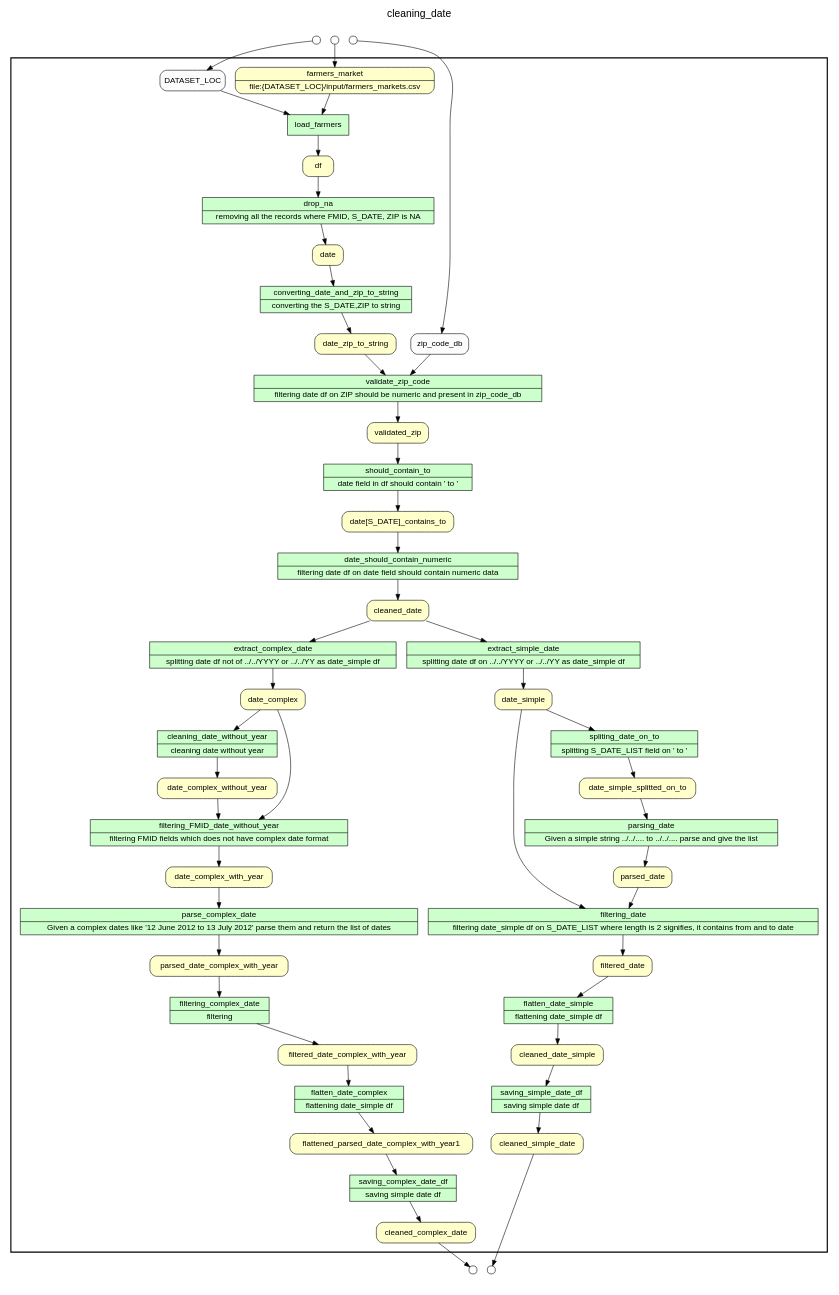
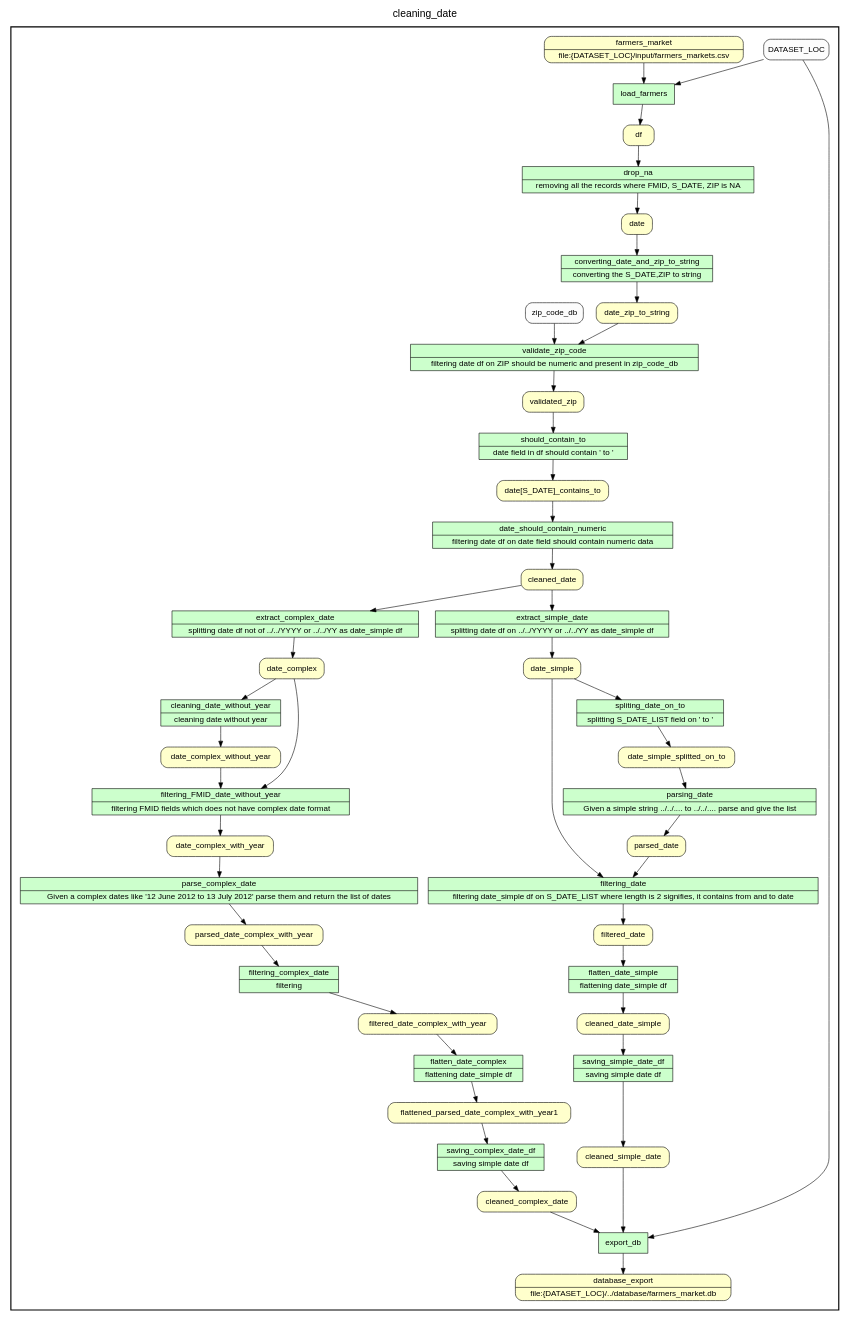
One commit to da230896/cs_513_project changed the diagram in provenance/s_date_cleaning.gv. Above: the diagram before and after it, drawn with Graphviz. The commit also changed 74 other files, not shown here.

```diff
--- a/provenance/s_date_cleaning.gv
+++ b/provenance/s_date_cleaning.gv
@@ -1,112 +1,124 @@
+
+/* Start of top-level graph */
 digraph Workflow {
 rankdir=TB
+
+/* Title for graph */
 fontname=Helvetica; fontsize=18; labelloc=t
 label=cleaning_date
+
+/* Start of double cluster for drawing box around nodes in workflow */
 subgraph cluster_workflow_box_outer { label=""; color=black; penwidth=2
 subgraph cluster_workflow_box_inner { label=""; penwidth=0
+
+/* Style for nodes representing atomic programs in workflow */
 node[shape=box style=filled fillcolor="#CCFFCC" peripheries=1 fontname=Helvetica]
+
+/* Nodes representing atomic programs in workflow */
 load_farmers
 drop_na [shape=record rankdir=LR label="{<f0> drop_na |<f1> removing all the records where FMID, S_DATE, ZIP is NA}"];
 converting_date_and_zip_to_string [shape=record rankdir=LR label="{<f0> converting_date_and_zip_to_string |<f1> converting the S_DATE,ZIP to string}"];
 validate_zip_code [shape=record rankdir=LR label="{<f0> validate_zip_code |<f1> filtering date df on ZIP should be numeric and present in zip_code_db}"];
 should_contain_to [shape=record rankdir=LR label="{<f0> should_contain_to |<f1> date field in df should contain ' to '}"];
 date_should_contain_numeric [shape=record rankdir=LR label="{<f0> date_should_contain_numeric |<f1> filtering date df on date field should contain numeric data}"];
 extract_simple_date [shape=record rankdir=LR label="{<f0> extract_simple_date |<f1> splitting date df on ../../YYYY or ../../YY as date_simple df}"];
 extract_complex_date [shape=record rankdir=LR label="{<f0> extract_complex_date |<f1> splitting date df not of ../../YYYY or ../../YY as date_simple df}"];
 spliting_date_on_to [shape=record rankdir=LR label="{<f0> spliting_date_on_to |<f1> splitting S_DATE_LIST field on ' to '}"];
 parsing_date [shape=record rankdir=LR label="{<f0> parsing_date |<f1> Given a simple string ../../.... to ../../.... parse and give the list}"];
 filtering_date [shape=record rankdir=LR label="{<f0> filtering_date |<f1> filtering date_simple df on S_DATE_LIST where length is 2 signifies, it contains from and to date}"];
 flatten_date_simple [shape=record rankdir=LR label="{<f0> flatten_date_simple |<f1> flattening date_simple df}"];
 saving_simple_date_df [shape=record rankdir=LR label="{<f0> saving_simple_date_df |<f1> saving simple date df}"];
 cleaning_date_without_year [shape=record rankdir=LR label="{<f0> cleaning_date_without_year |<f1> cleaning date without year}"];
 filtering_FMID_date_without_year [shape=record rankdir=LR label="{<f0> filtering_FMID_date_without_year |<f1> filtering FMID fields which does not have complex date format}"];
 parse_complex_date [shape=record rankdir=LR label="{<f0> parse_complex_date |<f1> Given a complex dates like '12 June 2012 to 13 July 2012' parse them and return the list of dates}"];
 filtering_complex_date [shape=record rankdir=LR label="{<f0> filtering_complex_date |<f1> filtering}"];
 flatten_date_complex [shape=record rankdir=LR label="{<f0> flatten_date_complex |<f1> flattening date_simple df}"];
 saving_complex_date_df [shape=record rankdir=LR label="{<f0> saving_complex_date_df |<f1> saving simple date df}"];
+export_db
+
+/* Style for nodes representing non-parameter data channels in workflow */
 node[shape=box style="rounded,filled" fillcolor="#FFFFCC" peripheries=1 fontname=Helvetica]
-cleaned_simple_date
-cleaned_complex_date
+
+/* Nodes for non-parameter data channels in workflow */
+database_export [shape=record rankdir=LR label="{<f0> database_export |<f1> file\:\{DATASET_LOC\}/../database/farmers_market.db}"];
 farmers_market [shape=record rankdir=LR label="{<f0> farmers_market |<f1> file\:\{DATASET_LOC\}/input/farmers_markets.csv}"];
 df
 date
 date_zip_to_string
 validated_zip
 "date[S_DATE]_contains_to"
 cleaned_date
 date_simple
 date_simple_splitted_on_to
 parsed_date
 filtered_date
 cleaned_date_simple
 date_complex
 date_complex_without_year
 date_complex_with_year
 parsed_date_complex_with_year
 filtered_date_complex_with_year
 flattened_parsed_date_complex_with_year1
+cleaned_complex_date
+cleaned_simple_date
+
+/* Style for nodes representing parameter channels in workflow */
 node[shape=box style="rounded,filled" fillcolor="#FCFCFC" peripheries=1 fontname=Helvetica]
+
+/* Nodes representing parameter channels in workflow */
 DATASET_LOC
 zip_code_db
+
+/* Edges representing connections between programs and channels */
 load_farmers -> df
 DATASET_LOC -> load_farmers
 farmers_market -> load_farmers
 drop_na -> date
 df -> drop_na
 converting_date_and_zip_to_string -> date_zip_to_string
 date -> converting_date_and_zip_to_string
 validate_zip_code -> validated_zip
 date_zip_to_string -> validate_zip_code
 zip_code_db -> validate_zip_code
 should_contain_to -> "date[S_DATE]_contains_to"
 validated_zip -> should_contain_to
 date_should_contain_numeric -> cleaned_date
 "date[S_DATE]_contains_to" -> date_should_contain_numeric
 extract_simple_date -> date_simple
 cleaned_date -> extract_simple_date
 extract_complex_date -> date_complex
 cleaned_date -> extract_complex_date
 spliting_date_on_to -> date_simple_splitted_on_to
 date_simple -> spliting_date_on_to
 parsing_date -> parsed_date
 date_simple_splitted_on_to -> parsing_date
 filtering_date -> filtered_date
 parsed_date -> filtering_date
 date_simple -> filtering_date
 flatten_date_simple -> cleaned_date_simple
 filtered_date -> flatten_date_simple
 saving_simple_date_df -> cleaned_simple_date
 cleaned_date_simple -> saving_simple_date_df
 cleaning_date_without_year -> date_complex_without_year
 date_complex -> cleaning_date_without_year
 filtering_FMID_date_without_year -> date_complex_with_year
 date_complex -> filtering_FMID_date_without_year
 date_complex_without_year -> filtering_FMID_date_without_year
 parse_complex_date -> parsed_date_complex_with_year
 date_complex_with_year -> parse_complex_date
 filtering_complex_date -> filtered_date_complex_with_year
 parsed_date_complex_with_year -> filtering_complex_date
 flatten_date_complex -> flattened_parsed_date_complex_with_year1
 filtered_date_complex_with_year -> flatten_date_complex
 saving_complex_date_df -> cleaned_complex_date
 flattened_parsed_date_complex_with_year1 -> saving_complex_date_df
+export_db -> database_export
+DATASET_LOC -> export_db
+cleaned_complex_date -> export_db
+cleaned_simple_date -> export_db
+
+/* End of double cluster for drawing box around nodes in workflow */
 }}
-subgraph cluster_input_ports_group_outer { label=""; penwidth=0
-subgraph cluster_input_ports_group_inner { label=""; penwidth=0
-node[shape=circle style="rounded,filled" fillcolor="#FFFFFF" peripheries=1 fontname=Helvetica width=0.2]
-DATASET_LOC_input_port [label=""]
-zip_code_db_input_port [label=""]
-farmers_market_input_port [label=""]
-}}
-subgraph cluster_output_ports_group_outer { label=""; penwidth=0
-subgraph cluster_output_ports_group_inner { label=""; penwidth=0
-node[shape=circle style="rounded,filled" fillcolor="#FFFFFF" peripheries=1 fontname=Helvetica width=0.2]
-cleaned_simple_date_output_port [label=""]
-cleaned_complex_date_output_port [label=""]
-}}
-DATASET_LOC_input_port -> DATASET_LOC
-zip_code_db_input_port -> zip_code_db
-farmers_market_input_port -> farmers_market
-cleaned_simple_date -> cleaned_simple_date_output_port
-cleaned_complex_date -> cleaned_complex_date_output_port
+
+/* End of top-level graph */
 }
```
